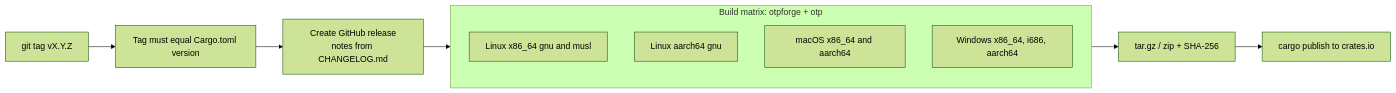
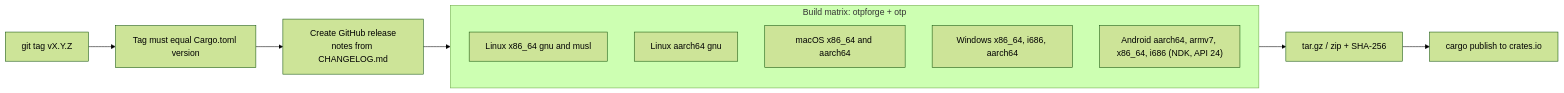
The fifth of 5 diagrams in README.md (cumulus13/otpforge), drawn with Mermaid (forest theme) before and after one commit. The commit also changed other lines of this file and 8 other files, not shown here.

````diff
--- a/README.md
+++ b/README.md
@@ -192,17 +222,18 @@
 ```mermaid
 flowchart LR
     tag["git tag vX.Y.Z"] --> verify["Tag must equal Cargo.toml version"]
     verify --> rel["Create GitHub release<br/>notes from CHANGELOG.md"]
     rel --> build
 
     subgraph build["Build matrix: otpforge + otp"]
         direction TB
         l1["Linux x86_64 gnu and musl"]
         l2["Linux aarch64 gnu"]
         m1["macOS x86_64 and aarch64"]
         w1["Windows x86_64, i686, aarch64"]
+        a1["Android aarch64, armv7, x86_64, i686 (NDK, API 24)"]
     end
 
     build --> assets["tar.gz / zip + SHA-256"]
     assets --> pub["cargo publish to crates.io"]
 ```
````
